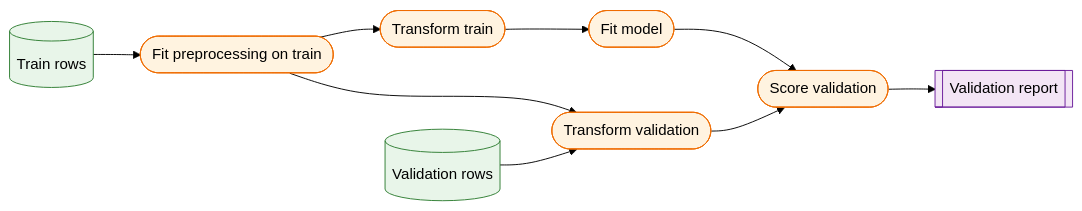
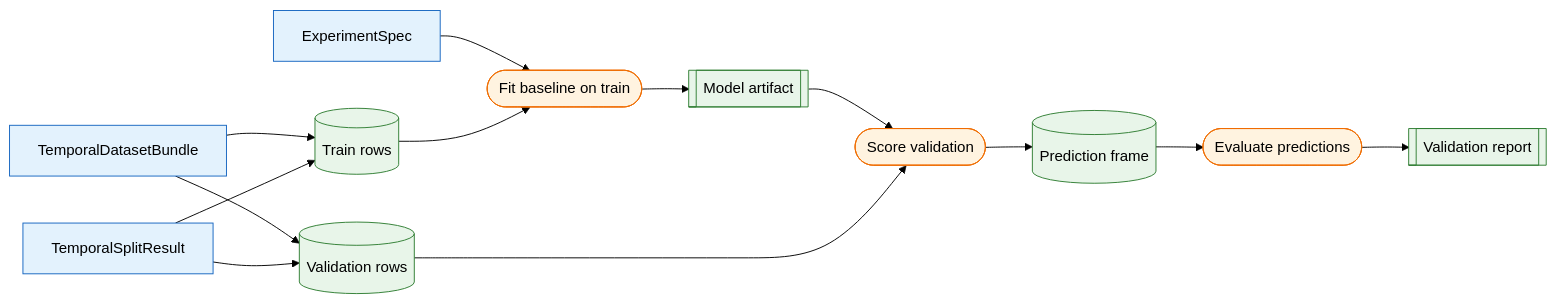
One commit to Frallmeister/swingtrader-app changed the fourth of 4 diagrams in docs/modeling/workflows.md. Above: the diagram before and after it, drawn with Mermaid (forest theme). The commit also changed other lines of this file and 34 other files, not shown here.

````diff
--- a/docs/modeling/workflows.md
+++ b/docs/modeling/workflows.md
@@ -101,25 +102,30 @@
 ```mermaid
 flowchart LR
+    experiment["ExperimentSpec"]
+    bundle["TemporalDatasetBundle"]
+    split_result["TemporalSplitResult"]
     train[(Train rows)]
     validation[(Validation rows)]
-    preprocessing([Fit preprocessing on train])
-    transform_train([Transform train])
-    transform_validation([Transform validation])
-    fit([Fit model])
+    fit([Fit baseline on train])
     score([Score validation])
+    predictions[(Prediction frame)]
+    evaluate([Evaluate predictions])
+    model[[Model artifact]]
     report[[Validation report]]
 
-    train --> preprocessing
-    preprocessing --> transform_train --> fit
-    preprocessing --> transform_validation
-    validation --> transform_validation
-    fit --> score
-    transform_validation --> score --> report
+    experiment --> fit
+    bundle --> train
+    split_result --> train
+    train --> fit --> model
+    bundle --> validation
+    split_result --> validation
+    model --> score
+    validation --> score --> predictions --> evaluate --> report
 
+    classDef contract fill:#e3f2fd,stroke:#1565c0
     classDef action fill:#fff3e0,stroke:#ef6c00
     classDef artifact fill:#e8f5e9,stroke:#2e7d32
-    classDef manifest fill:#f3e5f5,stroke:#6a1b9a
-    class train,validation artifact
-    class preprocessing,transform_train,transform_validation,fit,score action
-    class report manifest
+    class experiment,bundle,split_result contract
+    class fit,score,evaluate action
+    class train,validation,predictions,model,report artifact
 ```
````
